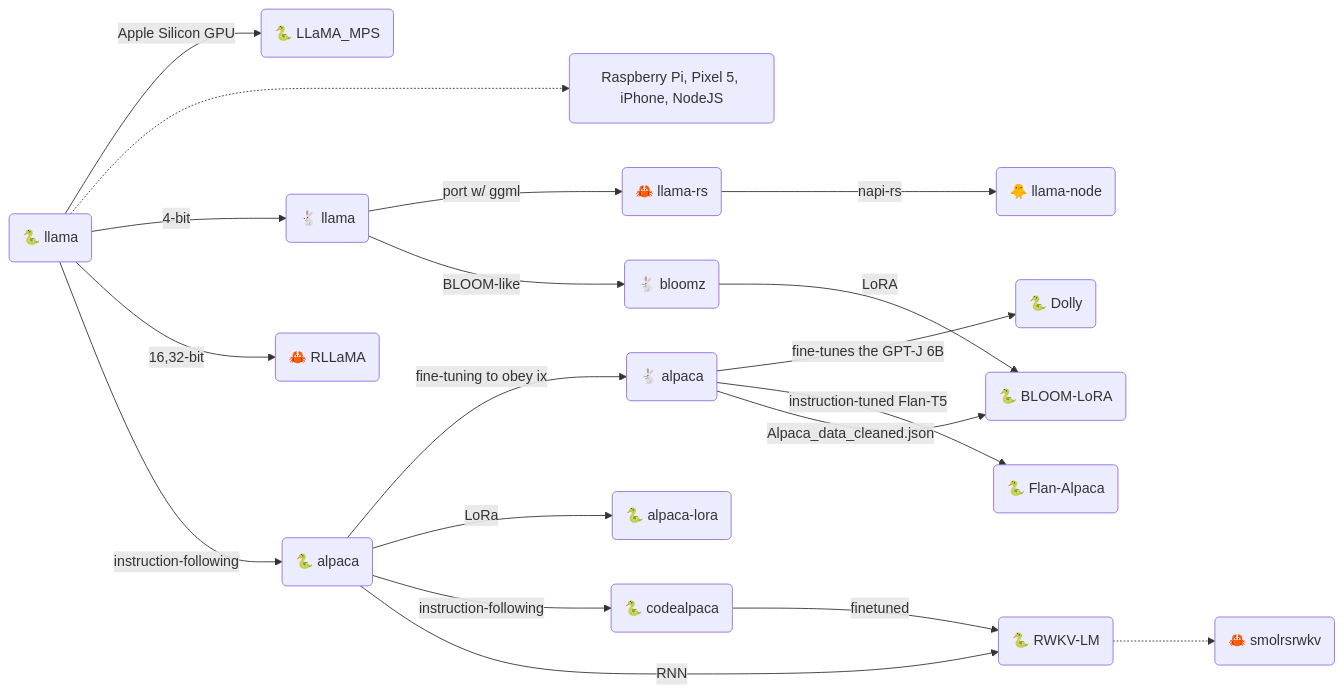
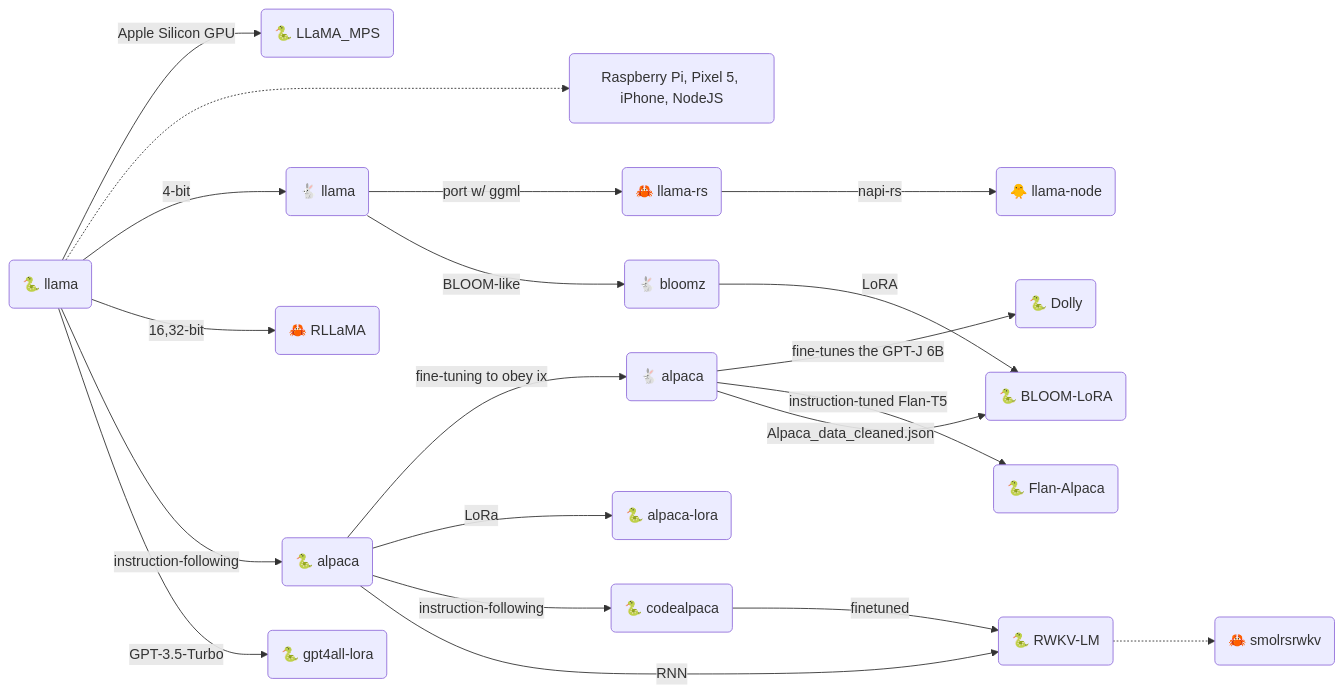
One commit to gist-rs/book changed the second of 4 diagrams in src/ml/llama.md. Above: the diagram before and after it, drawn with Mermaid. The commit also changed other lines of this file, not shown here.

````diff
--- a/src/ml/llama.md
+++ b/src/ml/llama.md
@@ -43,20 +43,21 @@
 ```mermaid
 graph LR;
 A --Apple Silicon GPU--> AA("🐍 LLaMA_MPS")
 A -..-> AAA("Raspberry Pi, Pixel 5, iPhone, NodeJS")
 A("🐍 llama") --"4-bit"--> B("🐇 llama")
 B --port w/ ggml--> C("🦀 llama-rs")
 A --"16,32-bit"--> CC("🦀 RLLaMA")
 C --"napi-rs"--> I("🐥 llama-node")
 E --"fine-tuning to obey ix"--> D("🐇 alpaca")
 A --instruction-following--> E("🐍 alpaca") --LoRa--> F("🐍 alpaca-lora")
 E --instruction-following--> H("🐍 codealpaca")
 D --"fine-tunes the GPT-J 6B"--> DD("🐍 Dolly")
 D --"instruction-tuned Flan-T5"--> DDD("🐍 Flan-Alpaca")
 B --BLOOM-like--> BB("🐇 bloomz")
 BB --LoRA--> DDDD("🐍 BLOOM-LoRA")
 D --Alpaca_data_cleaned.json--> DDDD
 E --RNN-->EE("🐍 RWKV-LM")
 H --finetuned--> EE
 EE("🐍 RWKV-LM") -..-> EEE("🦀 smolrsrwkv")
+A --"GPT-3.5-Turbo"--> FF("🐍 gpt4all-lora")
 ```
````
